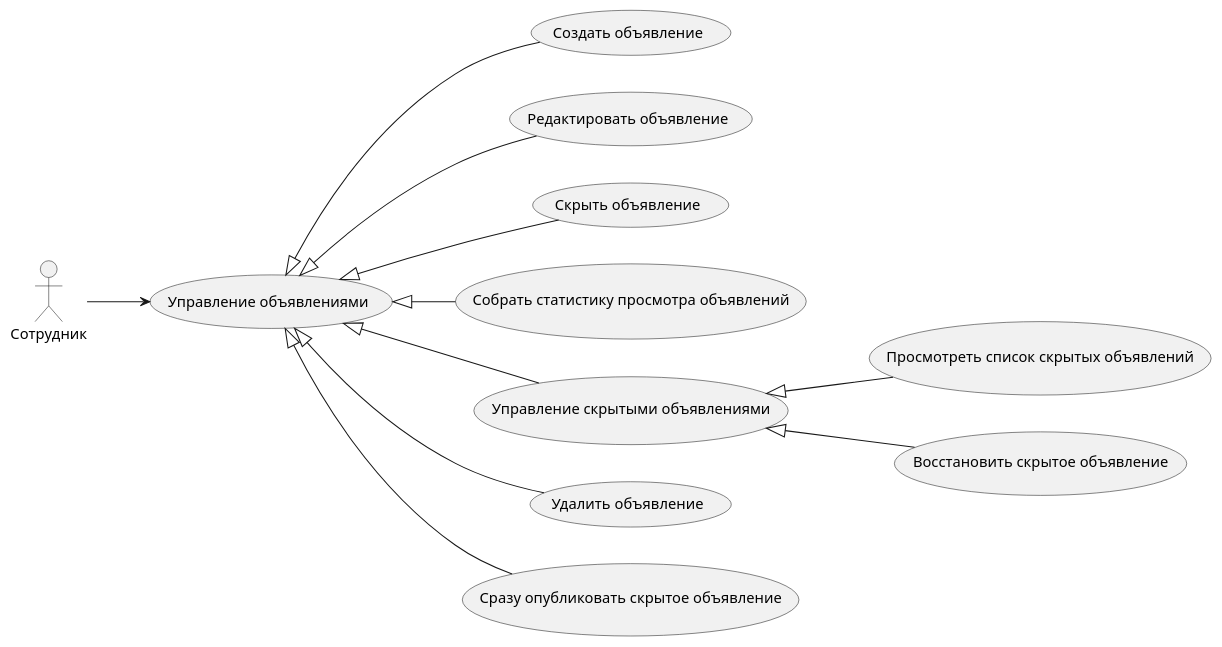
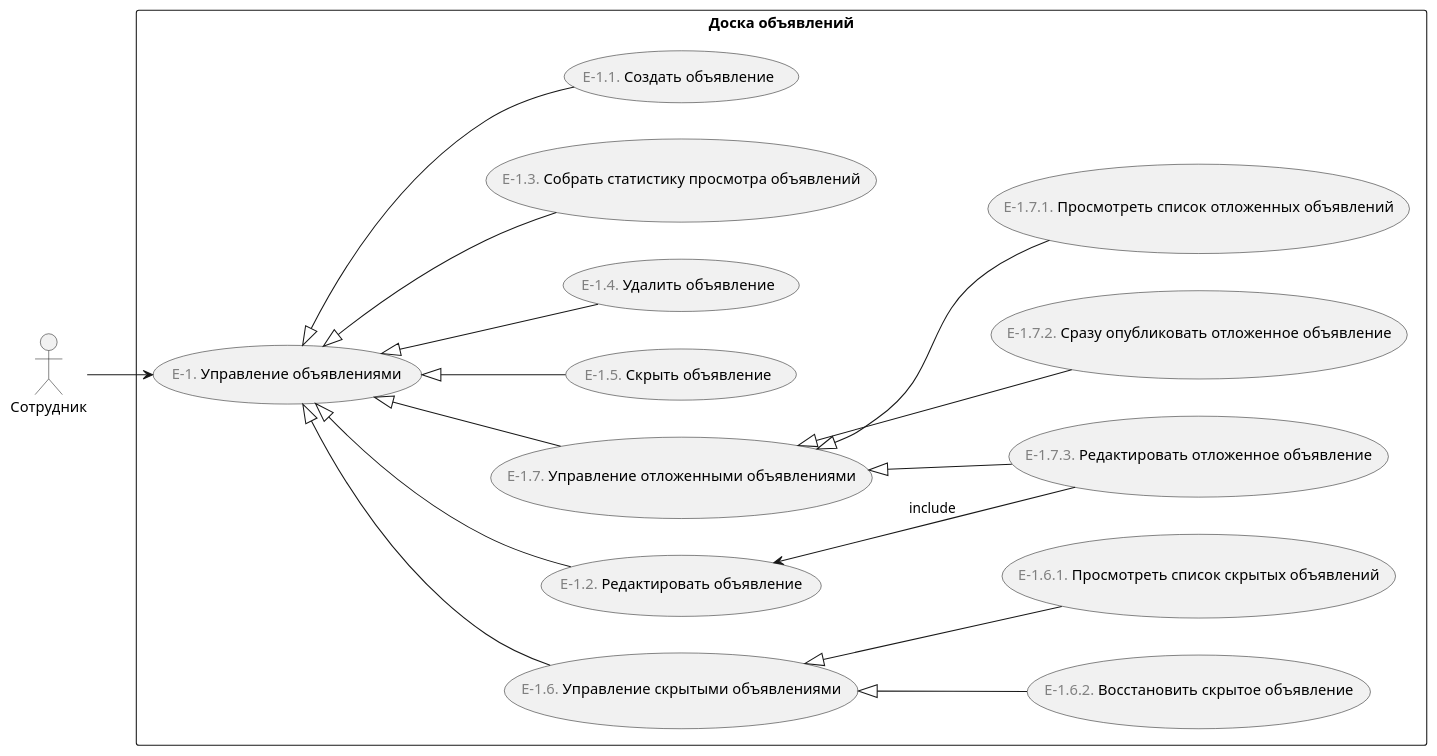
Before and after one commit to astu-app/ASTU-Bulletin-Board-Server: the diagram in doc/Диаграммы/use case/manage announcements.puml, drawn with PlantUML. The commit also changed 10 other files, not shown here.

```diff
--- a/doc/Диаграммы/use case/manage announcements.puml
+++ b/doc/Диаграммы/use case/manage announcements.puml
@@ -1,21 +1,36 @@
 @startuml
 'https://plantuml.com/use-case-diagram
 
 left to right direction
 
 :Сотрудник: as employee
 
-employee --> (Управление объявлениями)
-
-(Управление объявлениями) <|-- (Создать объявление) 
-(Управление объявлениями) <|-- (Редактировать объявление) 
-(Управление объявлениями) <|-- (Скрыть объявление) 
-(Управление объявлениями) <|-- (Собрать статистику просмотра объявлений)
-(Управление объявлениями) <|-- (Управление скрытыми объявлениями) 
-(Управление объявлениями) <|-- (Удалить объявление) 
-(Управление объявлениями) <|-- (Сразу опубликовать скрытое объявление) 
-
-(Управление скрытыми объявлениями) <|-- (Просмотреть список скрытых объявлений)
-(Управление скрытыми объявлениями) <|-- (Восстановить скрытое объявление)
+rectangle "Доска объявлений" {
+    (<font color="gray">E-1.</font> Управление объявлениями) as manage_announcements
+    (<font color="gray">E-1.6.</font> Управление скрытыми объявлениями) as manage_hidden_announcements
+    (<font color="gray">E-1.7.</font> Управление отложенными объявлениями) as manage_delayed_announcements
+    
+    (<font color="gray">E-1.2.</font> Редактировать объявление) as edit_announcement
+    (<font color="gray">E-1.7.3.</font> Редактировать отложенное объявление) as edit_delayed_announcements
+    
+    employee --> manage_announcements
+    
+    manage_announcements <|-- edit_announcement
+    manage_announcements <|-- (<font color="gray">E-1.5.</font> Скрыть объявление) 
+    manage_announcements <|-- manage_hidden_announcements 
+    manage_announcements <|-- (<font color="gray">E-1.4.</font> Удалить объявление) 
+    manage_announcements <|-- (<font color="gray">E-1.3.</font> Собрать статистику просмотра объявлений)
+    manage_announcements <|-- (<font color="gray">E-1.1.</font> Создать объявление) 
+    
+    manage_announcements <|-- manage_delayed_announcements
+    manage_delayed_announcements <|-- edit_delayed_announcements
+    manage_delayed_announcements <|-- (<font color="gray">E-1.7.2.</font> Сразу опубликовать отложенное объявление)
+    manage_delayed_announcements <|-- (<font color="gray">E-1.7.1.</font> Просмотреть список отложенных объявлений)
+    
+    edit_delayed_announcements -up-> edit_announcement : include
+    
+    manage_hidden_announcements <|-- (<font color="gray">E-1.6.2.</font> Восстановить скрытое объявление)
+    manage_hidden_announcements <|-- (<font color="gray">E-1.6.1.</font> Просмотреть список скрытых объявлений)
+}
 
 @enduml
```
